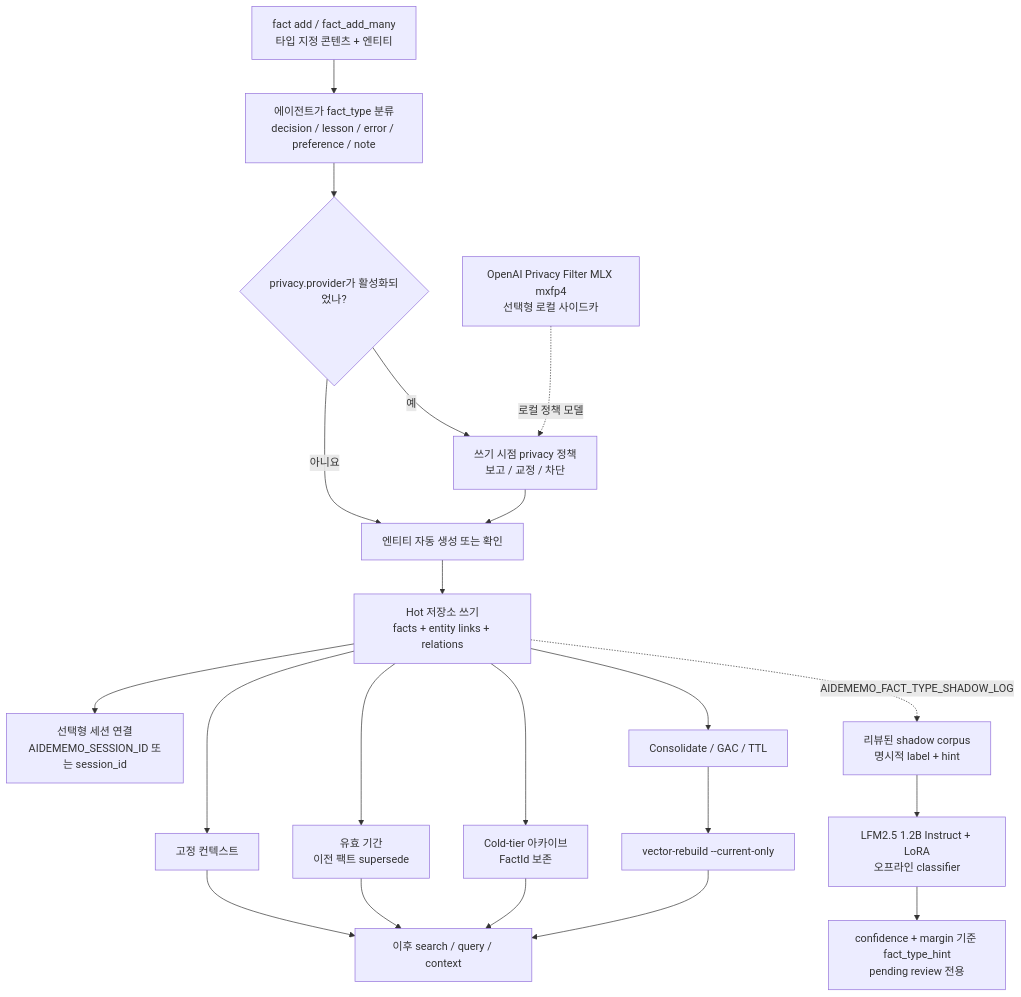
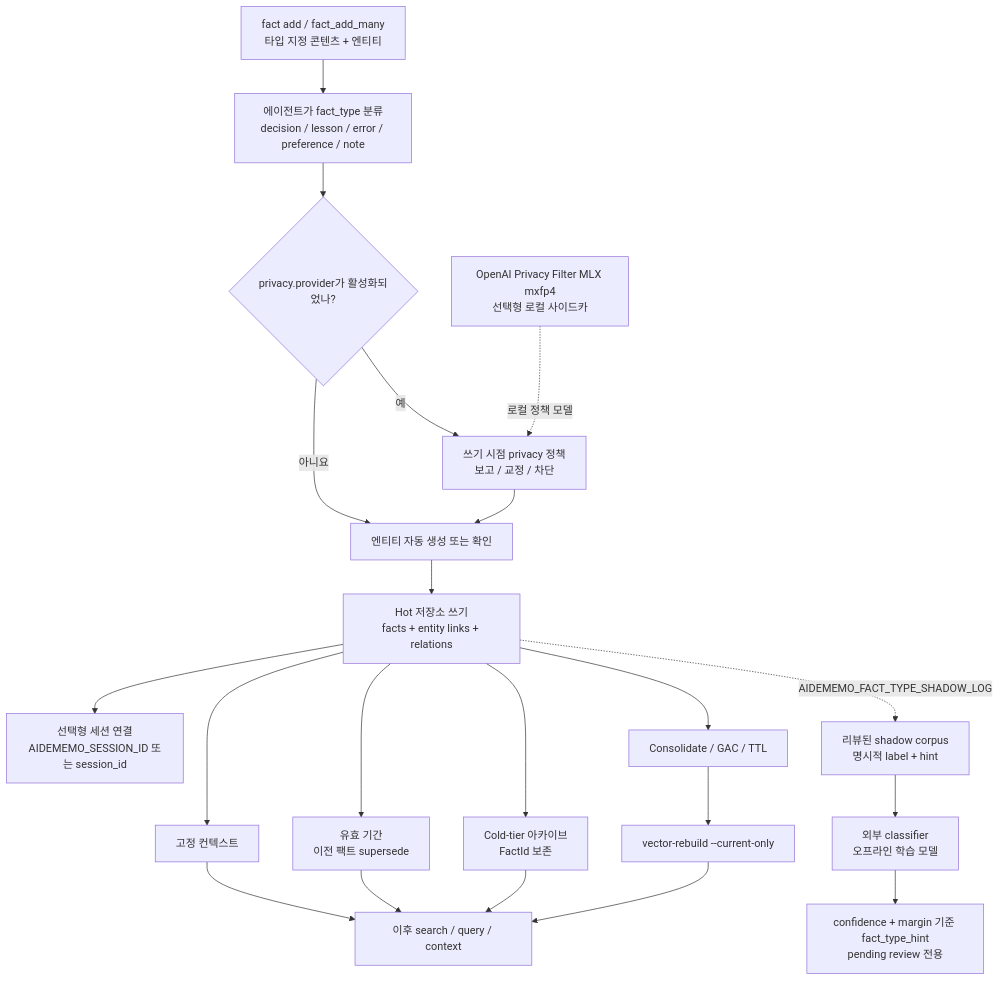
One commit to taeyun16/aidememo changed the third of 4 diagrams in website/i18n/ko/docusaurus-plugin-content-docs/current/ARCHITECTURE.md. Above: the diagram before and after it, drawn with Mermaid. The commit also changed other lines of this file and 38 other files, not shown here.

````diff
--- a/website/i18n/ko/docusaurus-plugin-content-docs/current/ARCHITECTURE.md
+++ b/website/i18n/ko/docusaurus-plugin-content-docs/current/ARCHITECTURE.md
@@ -163,38 +159,38 @@
 ```mermaid
 flowchart TD
   fact["fact add / fact_add_many<br/>타입 지정 콘텐츠 + 엔티티"]
   classify["에이전트가 fact_type 분류<br/>decision / lesson / error / preference / note"]
   privacy_gate{"privacy.provider가 활성화되었나?"}
   privacy["쓰기 시점 privacy 정책<br/>보고 / 교정 / 차단"]
   privacy_model["OpenAI Privacy Filter MLX mxfp4<br/>선택형 로컬 사이드카"]
   entities["엔티티 자동 생성 또는 확인"]
   hot["Hot 저장소 쓰기<br/>facts + entity links + relations"]
   session["선택형 세션 연결<br/>AIDEMEMO_SESSION_ID 또는 session_id"]
   pin["고정 컨텍스트"]
   supersede["유효 기간<br/>이전 팩트 supersede"]
   archive["Cold-tier 아카이브<br/>FactId 보존"]
   consolidate["Consolidate / GAC / TTL"]
   rebuild["vector-rebuild --current-only"]
   read["이후 search / query / context"]
   shadow["리뷰된 shadow corpus<br/>명시적 label + hint"]
-  lfm_type["LFM2.5 1.2B Instruct + LoRA<br/>오프라인 classifier"]
+  external_classifier["외부 classifier<br/>오프라인 학습 모델"]
   hint["confidence + margin 기준 fact_type_hint<br/>pending review 전용"]
 
   fact --> classify --> privacy_gate
   privacy_gate -->|아니요| entities
   privacy_gate -->|예| privacy --> entities
   privacy_model -. "로컬 정책 모델" .-> privacy
   entities --> hot
   hot --> session
   hot --> pin
   hot --> supersede
   hot --> archive
   hot --> consolidate
   consolidate --> rebuild
   pin --> read
   supersede --> read
   archive --> read
   rebuild --> read
   hot -. "AIDEMEMO_FACT_TYPE_SHADOW_LOG" .-> shadow
-  shadow --> lfm_type --> hint
+  shadow --> external_classifier --> hint
 ```
````
